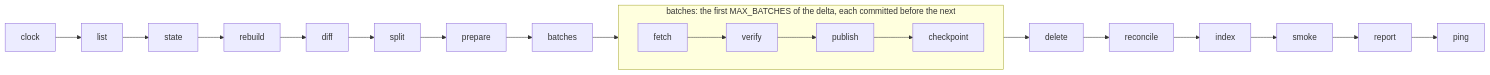
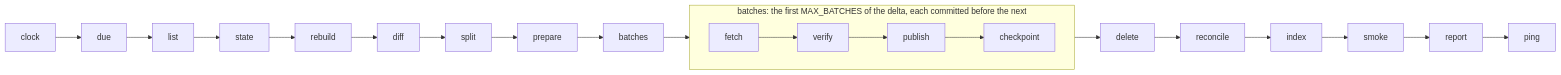
Before and after one commit to katoptra/ctan: the diagram in README.md, drawn with Mermaid. The commit also changed other lines of this file and 4 other files, not shown here.

````diff
--- a/README.md
+++ b/README.md
@@ -55,9 +63,9 @@
 ```mermaid
 flowchart LR
-  clock --> list --> state --> rebuild --> diff --> split --> prepare --> batches
+  clock --> due --> list --> state --> rebuild --> diff --> split --> prepare --> batches
   subgraph b["batches: the first MAX_BATCHES of the delta, each committed before the next"]
     direction LR
     fetch --> verify --> publish --> checkpoint
   end
   batches --> b --> delete --> reconcile --> index --> smoke --> report --> ping
 ```
````
